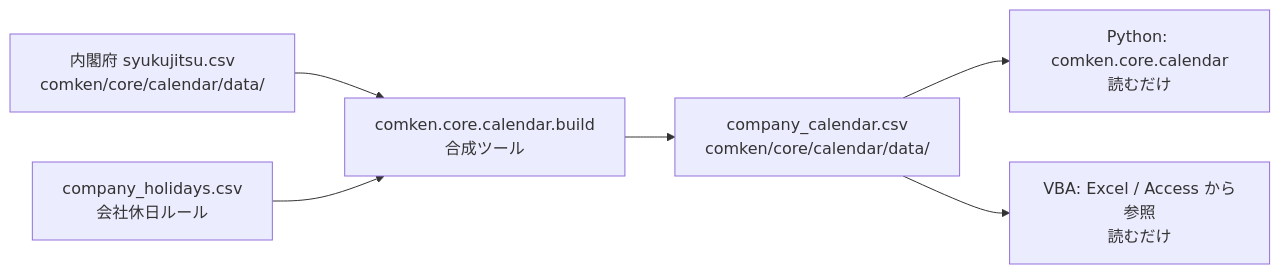
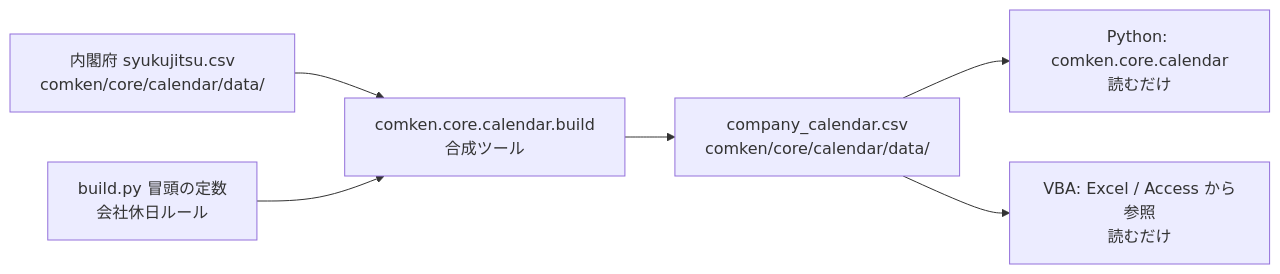
The diagram in docs/calendar.md (tenniscorecom/comken), drawn with Mermaid before and after one commit. The commit also changed other lines of this file and 9 other files, not shown here.

First line of the commit message:
会社休日は build.py 冒頭の定数に戻した（company_holidays.csv をやめる）

````diff
--- a/docs/calendar.md
+++ b/docs/calendar.md
@@ -23,8 +23,8 @@
 ```mermaid
 graph LR
     A[内閣府 syukujitsu.csv<br/>comken/core/calendar/data/] --> B[comken.core.calendar.build<br/>合成ツール]
-    C[company_holidays.csv<br/>会社休日ルール] --> B
+    C[build.py 冒頭の定数<br/>会社休日ルール] --> B
     B --> D[company_calendar.csv<br/>comken/core/calendar/data/]
     D --> E[Python: comken.core.calendar<br/>読むだけ]
     D --> F[VBA: Excel / Access から参照<br/>読むだけ]
 ```
````
